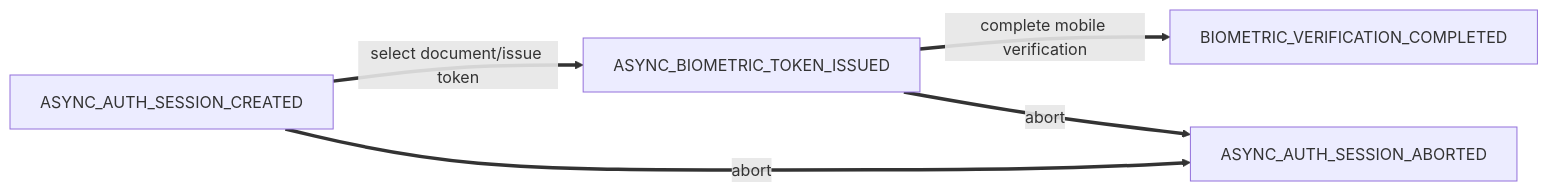
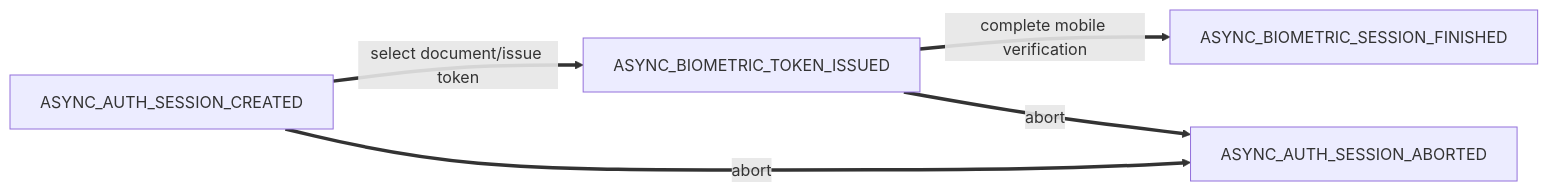
Before and after one commit to govuk-one-login/mobile-id-check-async: the diagram in backend-api/docs/sessionStateMachine.md, drawn with Mermaid.

Commit message:
updating tate

````diff
--- a/backend-api/docs/sessionStateMachine.md
+++ b/backend-api/docs/sessionStateMachine.md
@@ -5,8 +5,8 @@
 ```mermaid
 flowchart LR
     ASYNC_AUTH_SESSION_CREATED == select document/issue token ==> ASYNC_BIOMETRIC_TOKEN_ISSUED
     ASYNC_AUTH_SESSION_CREATED == abort ==> ASYNC_AUTH_SESSION_ABORTED
     
-    ASYNC_BIOMETRIC_TOKEN_ISSUED == complete mobile verification ==> BIOMETRIC_VERIFICATION_COMPLETED 
+    ASYNC_BIOMETRIC_TOKEN_ISSUED == complete mobile verification ==> ASYNC_BIOMETRIC_SESSION_FINISHED 
     ASYNC_BIOMETRIC_TOKEN_ISSUED == abort ==> ASYNC_AUTH_SESSION_ABORTED
 ```
````
